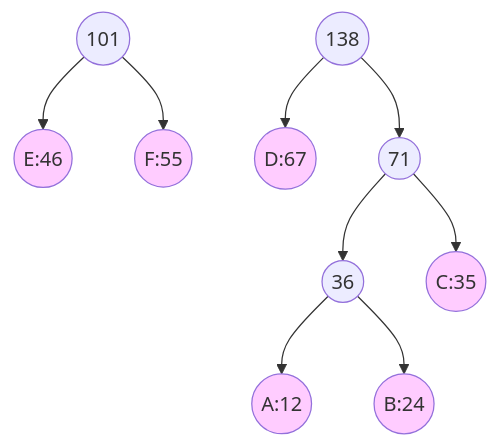
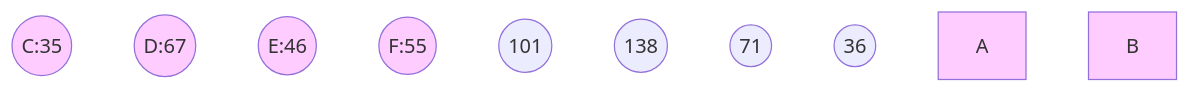
One commit to dmjcb/SelfBlog changed the fifth of 7 diagrams in DataStructures/Tree/BinaryTree/2020-01-16-哈夫曼树.md. Above: the diagram before and after it, drawn with Mermaid. The commit also changed other lines of this file and 224 other files, not shown here.

````diff
--- a/DataStructures/Tree/BinaryTree/2020-01-16-哈夫曼树.md
+++ b/DataStructures/Tree/BinaryTree/2020-01-16-哈夫曼树.md
@@ -126,31 +114,23 @@
 ```mermaid
 graph TB
     C((C:35))
     D((D:67))
     E((E:46))
     F((F:55))
 
     Z((101))
-    Z --> E
-    Z --> F
 
     W((138))
-    W --> D
-    W --> Y
 
     Y((71))
     X((36)) 
 
-    Y --> X
-    Y --> C((C:35))
-    X --> A((A:12))
-    X --> B((B:24))
 
     A:::Style
     B:::Style
     C:::Style
     D:::Style
     E:::Style
     F:::Style
     classDef Style fill:#FFCCFF
 ```
````
